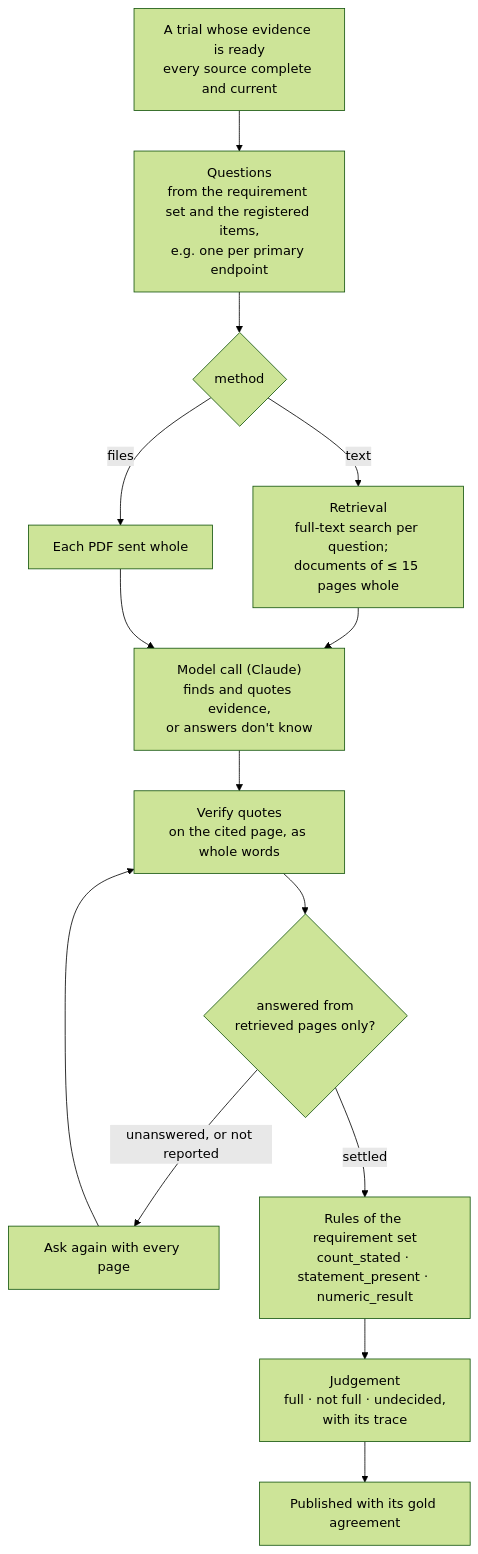
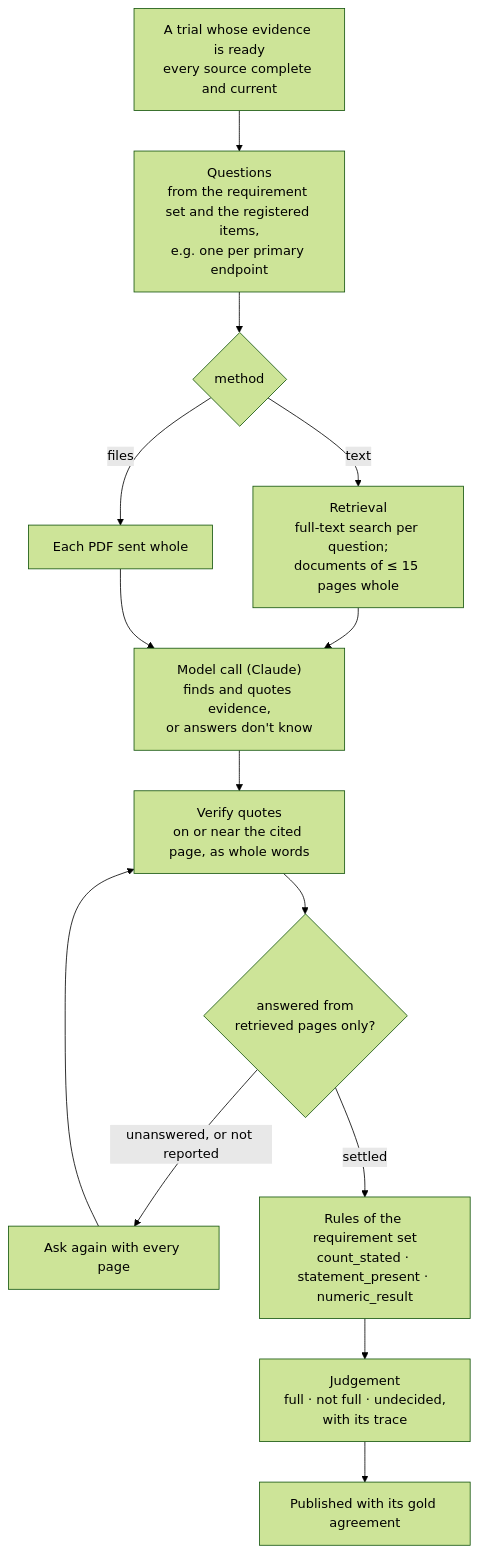
The second of 3 diagrams in docs/checks.md (shmarlya/trialwatch), drawn with Mermaid (forest theme) before and after one commit. The commit also changed other lines of this file and 10 other files, not shown here.

First line of the commit message:
fix(checks): fewer undecided — partial results count as reported, more counts read, quotes found near their page

````diff
--- a/docs/checks.md
+++ b/docs/checks.md
@@ -34,15 +34,15 @@
 ```mermaid
 flowchart TB
     ready["A trial whose evidence is ready<br>every source complete and current"] --> questions["Questions<br>from the requirement set and the registered items,<br>e.g. one per primary endpoint"]
     questions --> pages{"method"}
     pages -- "text" --> retrieval["Retrieval<br>full-text search per question;<br>documents of ≤ 15 pages whole"]
     pages -- "files" --> whole["Each PDF sent whole"]
     retrieval --> model_call["Model call (Claude)<br>finds and quotes evidence,<br>or answers don't know"]
     whole --> model_call
-    model_call --> verify["Verify quotes<br>on the cited page, as whole words"]
+    model_call --> verify["Verify quotes<br>on or near the cited page, as whole words"]
     verify --> widen{"answered from<br>retrieved pages only?"}
     widen -- "unanswered, or not reported" --> again["Ask again with every page"] --> verify
     widen -- "settled" --> rules["Rules of the requirement set<br>count_stated · statement_present · numeric_result"]
     rules --> judgement["Judgement<br>full · not full · undecided,<br>with its trace"]
     judgement --> published["Published with its gold agreement"]
 ```
````
